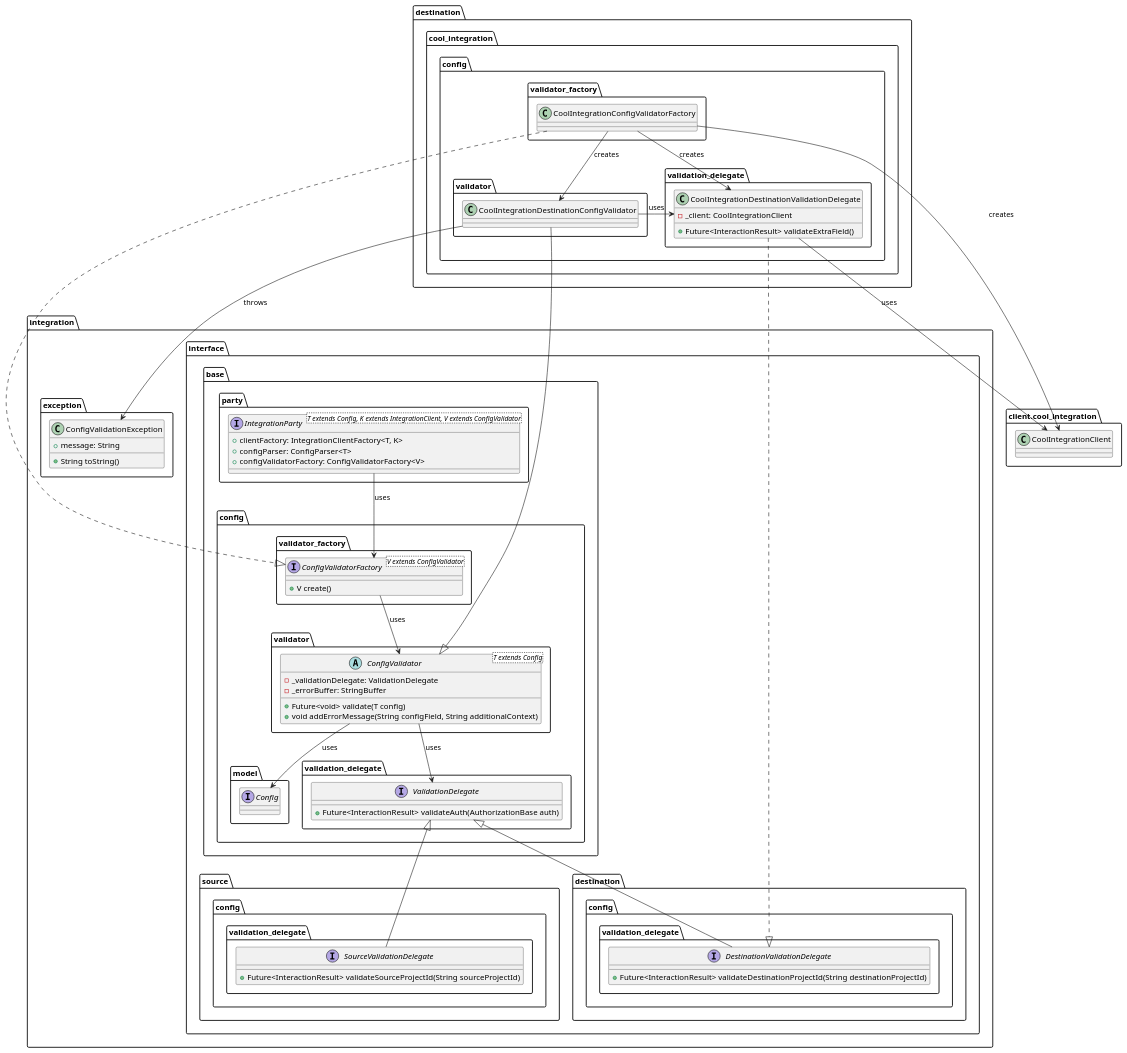
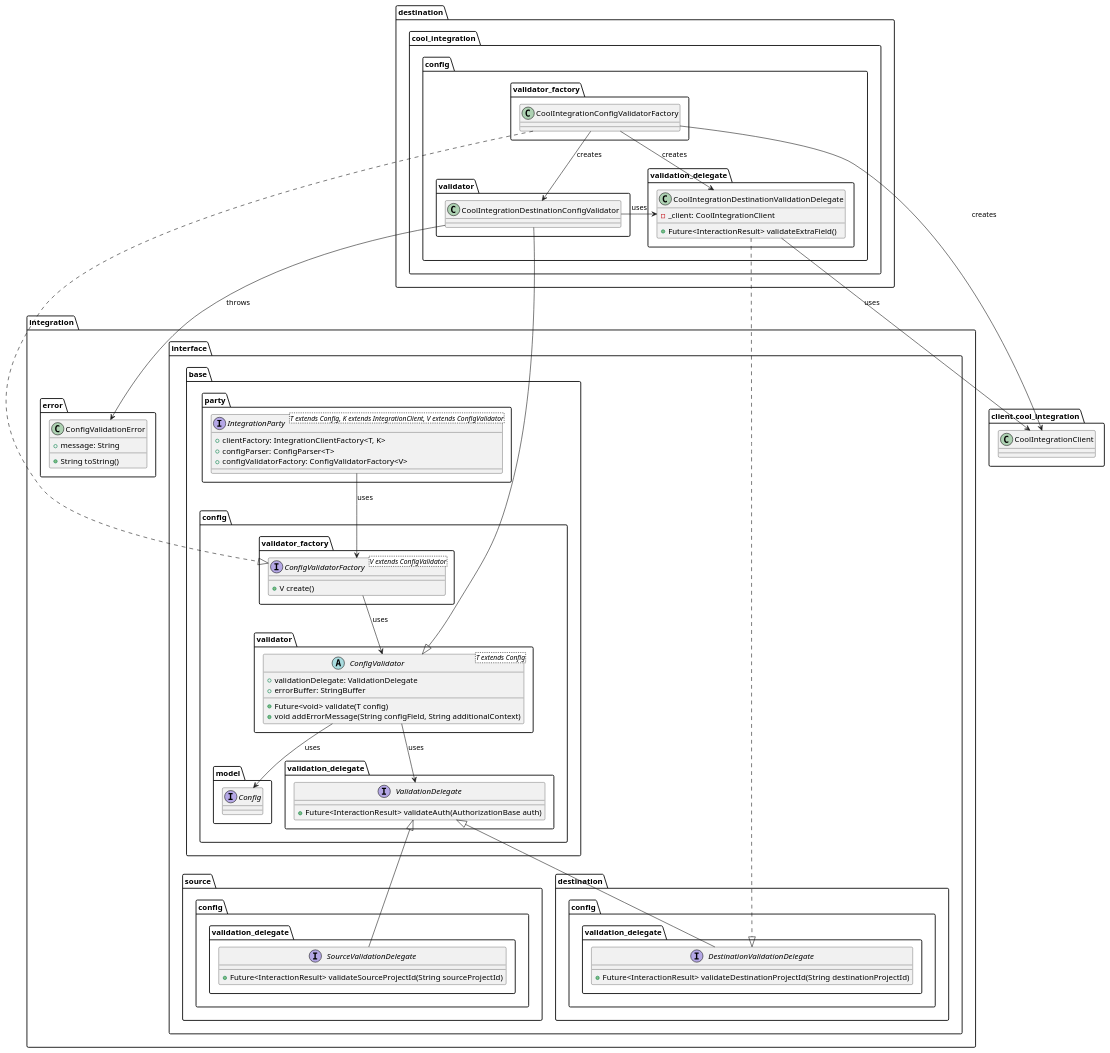
The diagram in metrics/ci_integrations/docs/diagrams/ci_integrations_config_validator_class_diagram.puml (Flank/flank-dashboard), drawn with PlantUML before and after one commit. The commit also changed 4 other files, not shown here.

Commit message:
Fix config validation error. Minor doc improvements

```diff
--- a/metrics/ci_integrations/docs/diagrams/ci_integrations_config_validator_class_diagram.puml
+++ b/metrics/ci_integrations/docs/diagrams/ci_integrations_config_validator_class_diagram.puml
@@ -1,107 +1,107 @@
 @startuml ci_integrations_config_validator_class_diagram
 
     package integration {
         package interface {
             package base {
                 package party {
                     interface IntegrationParty<T extends Config, K extends IntegrationClient, V extends ConfigValidator> {
                         + clientFactory: IntegrationClientFactory<T, K>
                         + configParser: ConfigParser<T>
                         + configValidatorFactory: ConfigValidatorFactory<V>
                     }
                 }
 
                 package config {
                     package model {
                         interface Config {}
                     }
 
                     package validator {
                         abstract class ConfigValidator<T extends Config> {
-                            - _validationDelegate: ValidationDelegate 
-                            - _errorBuffer: StringBuffer
+                            + validationDelegate: ValidationDelegate
+                            + errorBuffer: StringBuffer
                             + Future<void> validate(T config)
                             + void addErrorMessage(String configField, String additionalContext)
                         }
                     }
 
                     package validation_delegate as base_validation_delegate {
                         interface ValidationDelegate {
                             + Future<InteractionResult> validateAuth(AuthorizationBase auth)
                         }
                     }
 
                     package validator_factory {
                         interface ConfigValidatorFactory<V extends ConfigValidator> {
                             + V create()
                         }
                     }
                 }
             }
 
             package source.config.validation_delegate {
                 interface SourceValidationDelegate {
                     + Future<InteractionResult> validateSourceProjectId(String sourceProjectId)
                 }
             }
 
             package destination.config.validation_delegate {
                 interface DestinationValidationDelegate {
                     + Future<InteractionResult> validateDestinationProjectId(String destinationProjectId)
                 }
             }
         }
 
-        package exception {
-            class ConfigValidationException {
+        package error {
+            class ConfigValidationError {
                 + message: String
                 + String toString()
             }
         }
     }
 
     package destination.cool_integration {
         package config as cool_integration_config {
             package validator as cool_integration_validator {
                 class CoolIntegrationDestinationConfigValidator {}
             }
 
             package validator_factory as cool_integration_validator_validator_factory {
                 class CoolIntegrationConfigValidatorFactory {}
             }
 
             package validation_delegate {
                 class CoolIntegrationDestinationValidationDelegate {
                     - _client: CoolIntegrationClient
                     + Future<InteractionResult> validateExtraField()
                 }
             }
         }
     }
 
      package client.cool_integration as client_cool_integration {
         class CoolIntegrationClient {}
     }
 
     IntegrationParty --> ConfigValidatorFactory : uses
 
     ConfigValidatorFactory --> ConfigValidator : uses
 
     ConfigValidator --> ValidationDelegate : uses
     ConfigValidator --> Config : uses
 
     SourceValidationDelegate --up|> ValidationDelegate
     DestinationValidationDelegate --up|> ValidationDelegate
 
     CoolIntegrationDestinationValidationDelegate ..|> DestinationValidationDelegate
 
     CoolIntegrationDestinationConfigValidator --|> ConfigValidator
     CoolIntegrationDestinationConfigValidator -left-> CoolIntegrationDestinationValidationDelegate : uses
     CoolIntegrationDestinationValidationDelegate -down-> CoolIntegrationClient : uses
     CoolIntegrationConfigValidatorFactory ..|> ConfigValidatorFactory
     CoolIntegrationConfigValidatorFactory --> CoolIntegrationDestinationConfigValidator : creates
     CoolIntegrationConfigValidatorFactory --> CoolIntegrationClient : creates
     CoolIntegrationConfigValidatorFactory --> CoolIntegrationDestinationValidationDelegate : creates
-    CoolIntegrationDestinationConfigValidator --> ConfigValidationException : throws
+    CoolIntegrationDestinationConfigValidator --> ConfigValidationError : throws
 
 @enduml
```
